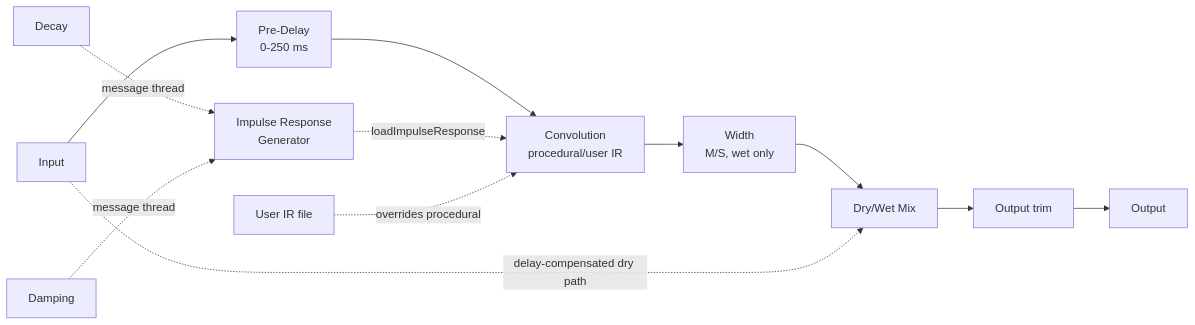
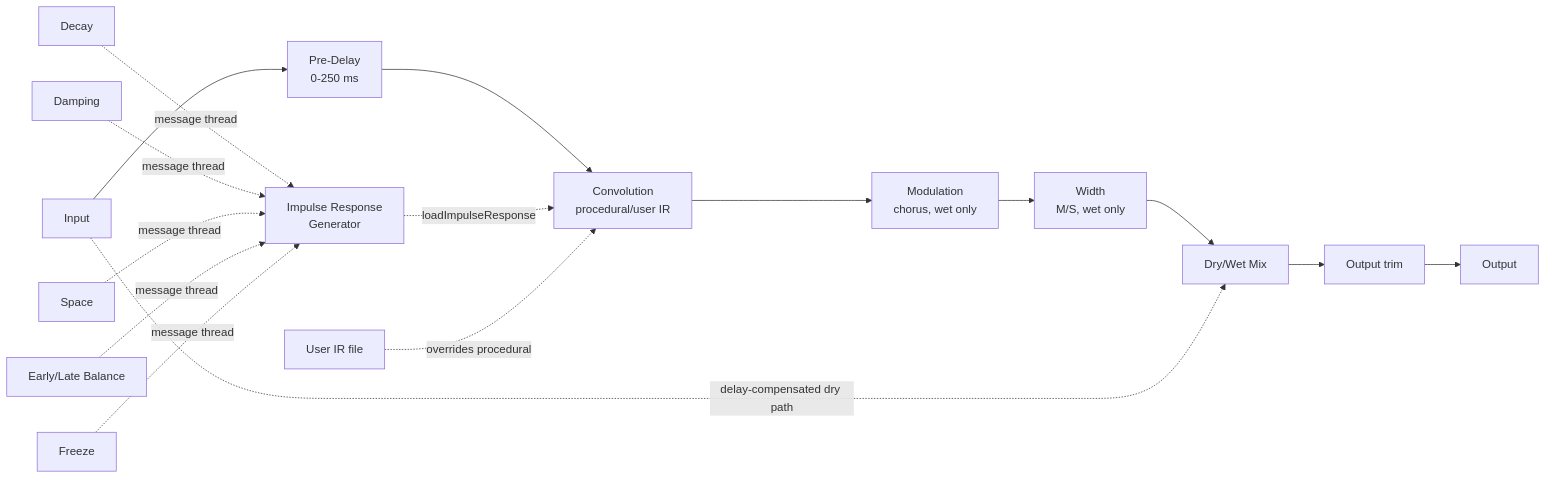
One commit to metal-up-your-ass/requiem changed the diagram in docs/architecture.md. Above: the diagram before and after it, drawn with Mermaid. The commit also changed other lines of this file and 22 other files, not shown here.

First line of the commit message:
M1: complete DSP (Space/Early-Late Balance/Freeze/Modulation) + broaden test coverage (#8)

````diff
--- a/docs/architecture.md
+++ b/docs/architecture.md
@@ -5,15 +5,19 @@
 ```mermaid
 flowchart LR
     IN[Input] --> PD[Pre-Delay<br/>0-250 ms]
     PD --> CONV[Convolution<br/>procedural/user IR]
-    CONV --> WIDTH[Width<br/>M/S, wet only]
+    CONV --> MOD[Modulation<br/>chorus, wet only]
+    MOD --> WIDTH[Width<br/>M/S, wet only]
     WIDTH --> MIX[Dry/Wet Mix]
     IN -.->|delay-compensated dry path| MIX
     MIX --> OUT_GAIN[Output trim]
     OUT_GAIN --> OUT[Output]
 
     DECAY[Decay] -.->|message thread| IRGEN[Impulse Response<br/>Generator]
     DAMPING[Damping] -.->|message thread| IRGEN
+    SPACE[Space] -.->|message thread| IRGEN
+    BALANCE[Early/Late Balance] -.->|message thread| IRGEN
+    FREEZE[Freeze] -.->|message thread| IRGEN
     IRGEN -.->|loadImpulseResponse| CONV
     USERIR[User IR file] -.->|overrides procedural| CONV
 ```
````
